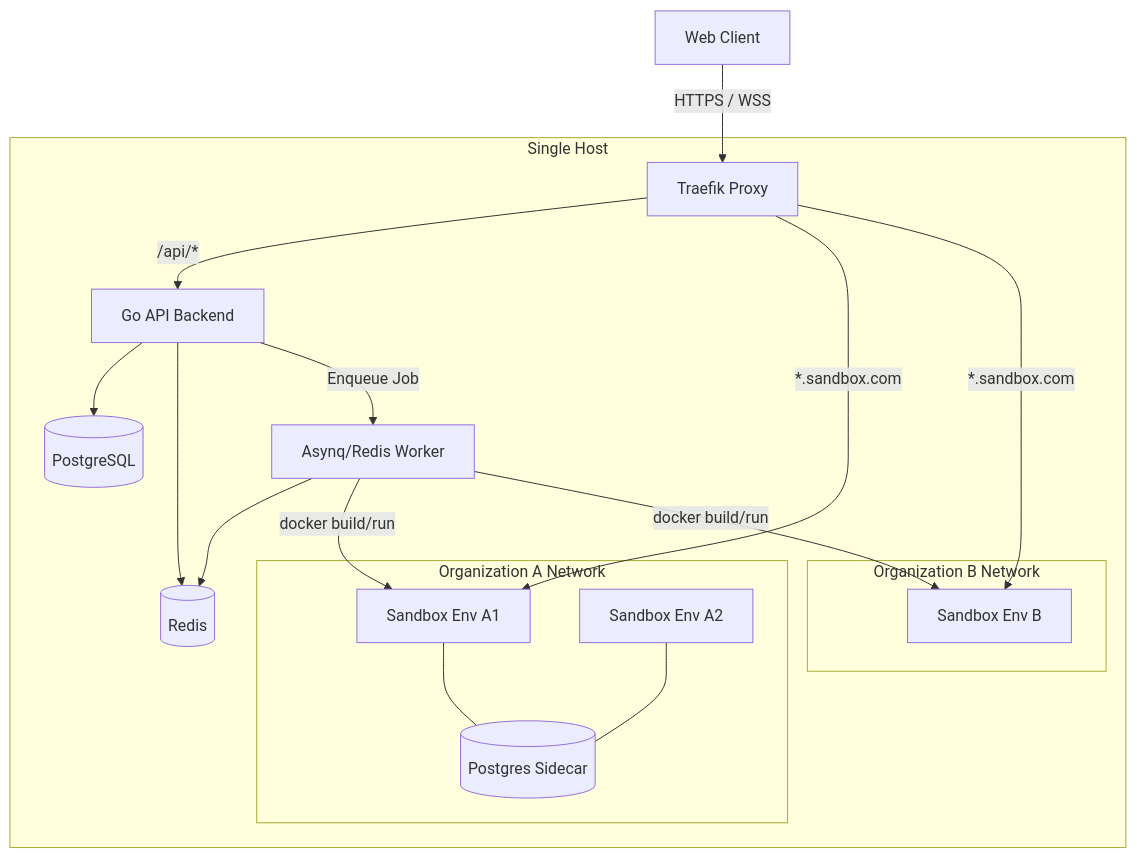
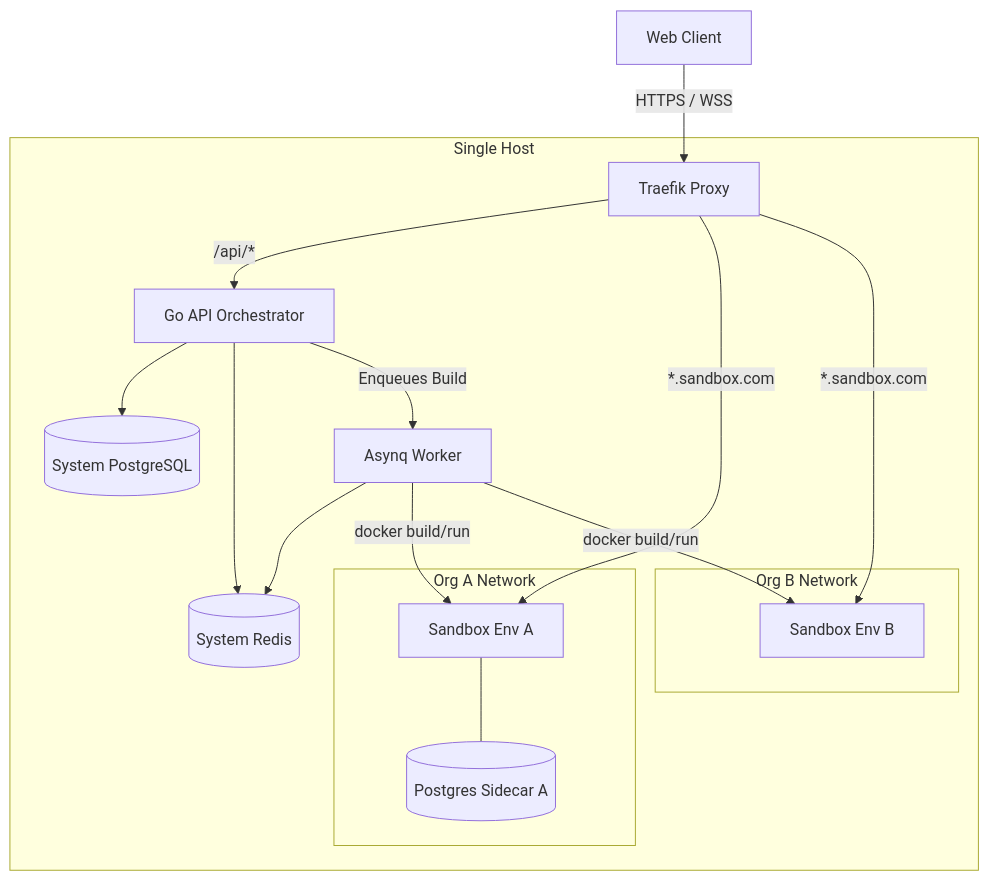
Before and after one commit to AyushCN/api-sandbox: the diagram in docs/ARCHITECTURE.md, drawn with Mermaid. The commit also changed other lines of this file and 11 other files, not shown here.

````diff
--- a/docs/ARCHITECTURE.md
+++ b/docs/ARCHITECTURE.md
@@ -9,36 +9,34 @@
 ```mermaid
 graph TD
     Client[Web Client]
     subgraph Single Host
         Traefik[Traefik Proxy]
-        Backend[Go API Backend]
-        Worker[Asynq/Redis Worker]
-        PostgreSQL[(PostgreSQL)]
-        Redis[(Redis)]
+        Backend[Go API Orchestrator]
+        Worker[Asynq Worker]
+        PostgreSQL[(System PostgreSQL)]
+        Redis[(System Redis)]
 
-        subgraph Organization A Network
-            EnvA1[Sandbox Env A1]
-            EnvA2[Sandbox Env A2]
-            DBA[(Postgres Sidecar)]
-            EnvA1 --- DBA
-            EnvA2 --- DBA
+        subgraph Org A Network
+            EnvA[Sandbox Env A]
+            DB_A[(Postgres Sidecar A)]
+            EnvA --- DB_A
         end
 
-        subgraph Organization B Network
+        subgraph Org B Network
             EnvB[Sandbox Env B]
         end
     end
 
     Client -->|HTTPS / WSS| Traefik
     Traefik -->|/api/*| Backend
-    Traefik -->|*.sandbox.com| EnvA1
+    Traefik -->|*.sandbox.com| EnvA
     Traefik -->|*.sandbox.com| EnvB
 
     Backend --> PostgreSQL
     Backend --> Redis
-    Backend -->|Enqueue Job| Worker
+    Backend -->|Enqueues Build| Worker
     Worker --> Redis
-
-    Worker -->|docker build/run| EnvA1
+    
+    Worker -->|docker build/run| EnvA
     Worker -->|docker build/run| EnvB
 ```
````
